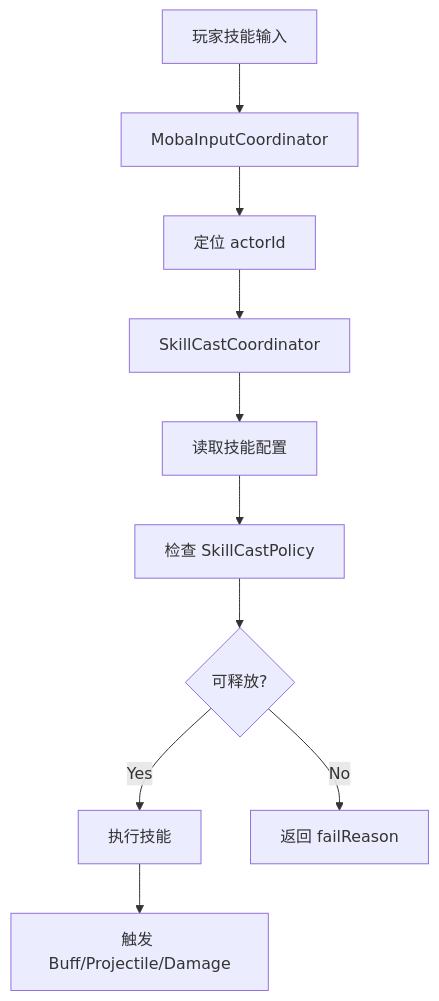
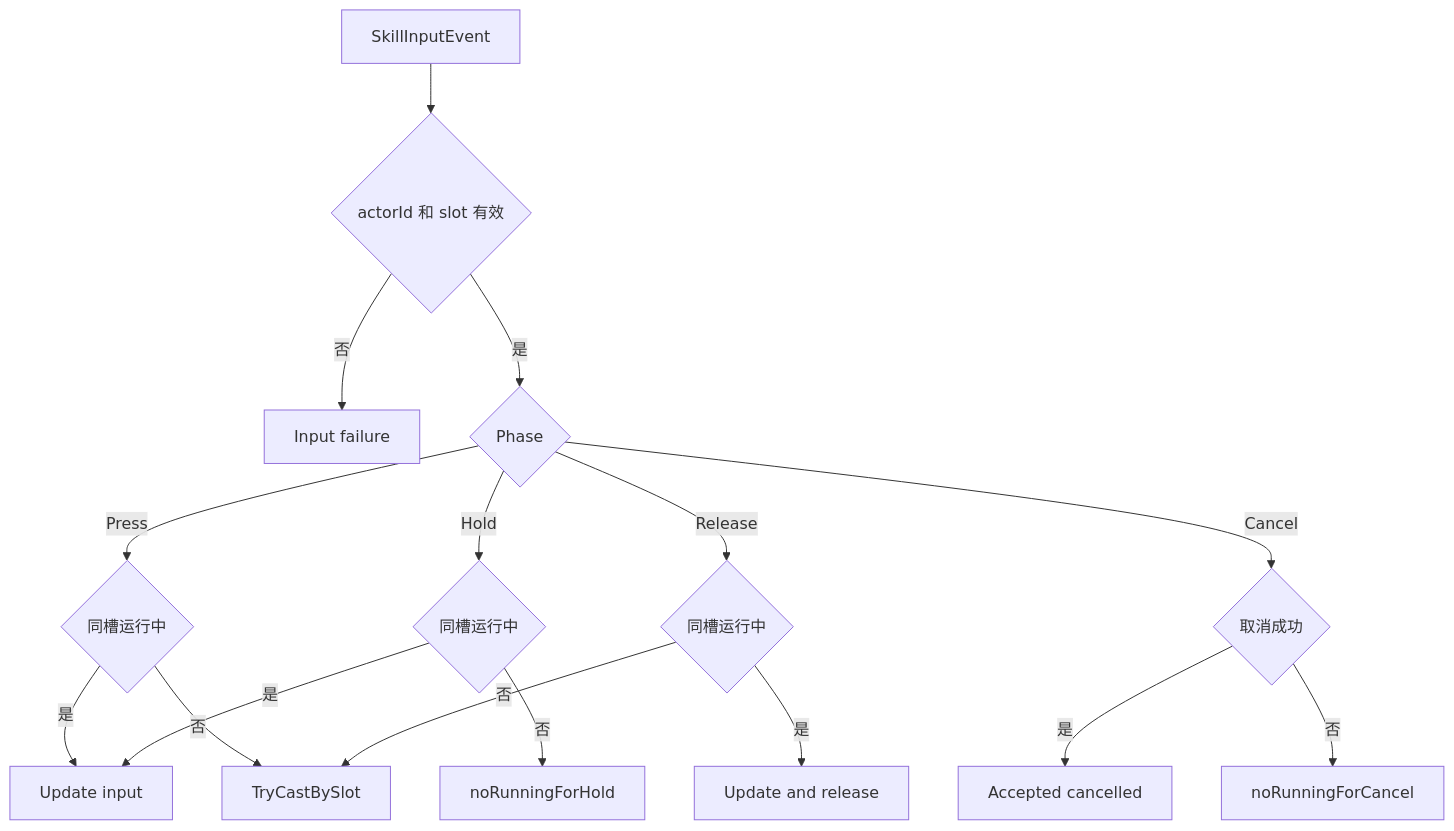
Before and after one commit to Kurumioi/AbilityKit: the second of 3 diagrams in Docs/design/09-ImplementationExamples/MOBA/05-SkillExecutionDeepDive.md, drawn with Mermaid. The commit also changed other lines of this file and 118 other files, not shown here.

````diff
--- a/Docs/design/09-ImplementationExamples/MOBA/05-SkillExecutionDeepDive.md
+++ b/Docs/design/09-ImplementationExamples/MOBA/05-SkillExecutionDeepDive.md
@@ -83,12 +84,18 @@
 ```mermaid
 flowchart TD
-    A[玩家技能输入] --> B[MobaInputCoordinator]
-    B --> C[定位 actorId]
-    C --> D[SkillCastCoordinator]
-    D --> E[读取技能配置]
-    E --> F[检查 SkillCastPolicy]
-    F --> G{可释放?}
-    G -->|Yes| H[执行技能]
-    G -->|No| I[返回 failReason]
-    H --> J[触发 Buff/Projectile/Damage]
+    A[SkillInputEvent] --> B{actorId 和 slot 有效}
+    B -->|否| R1[Input failure]
+    B -->|是| C{Phase}
+    C -->|Press| D{同槽运行中}
+    D -->|是| U[Update input]
+    D -->|否| S[TryCastBySlot]
+    C -->|Hold| E{同槽运行中}
+    E -->|是| U
+    E -->|否| R2[noRunningForHold]
+    C -->|Release| F{同槽运行中}
+    F -->|是| UR[Update and release]
+    F -->|否| S
+    C -->|Cancel| G{取消成功}
+    G -->|是| X[Accepted cancelled]
+    G -->|否| R3[noRunningForCancel]
 ```
````
